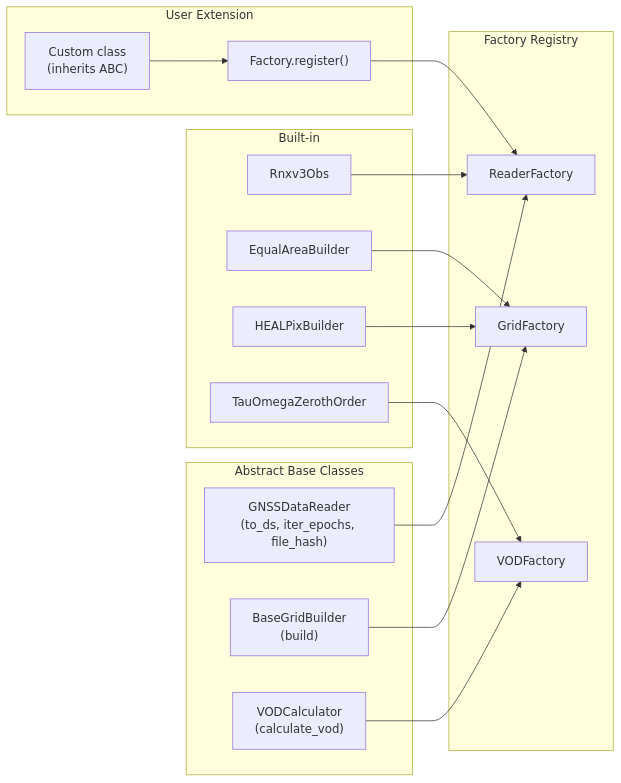
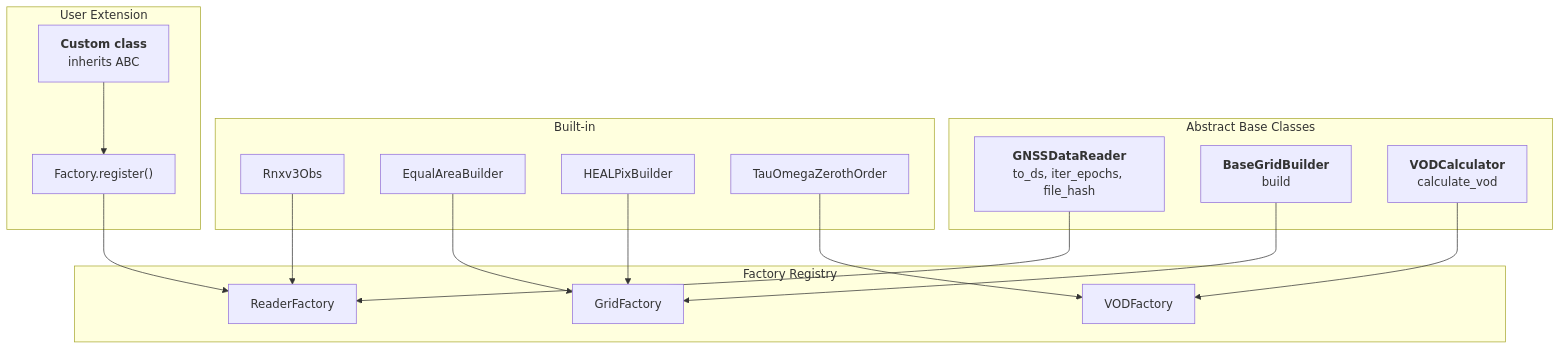
One commit to konstantinschellenberg/canvodpy changed the first of 2 diagrams in docs/guides/architecture-design.md. Above: the diagram before and after it, drawn with Mermaid. The commit also changed other lines of this file and 38 other files, not shown here.

````diff
--- a/docs/guides/architecture-design.md
+++ b/docs/guides/architecture-design.md
@@ -64,37 +64,41 @@
 ```mermaid
-flowchart LR
+flowchart TD
     subgraph ABCS["Abstract Base Classes"]
-        READER_ABC["GNSSDataReader\n(to_ds, iter_epochs, file_hash)"]
-        GRID_ABC["BaseGridBuilder\n(build)"]
-        VOD_ABC["VODCalculator\n(calculate_vod)"]
+        READER_ABC["`**GNSSDataReader**
+        to_ds, iter_epochs, file_hash`"]
+        GRID_ABC["`**BaseGridBuilder**
+        build`"]
+        VOD_ABC["`**VODCalculator**
+        calculate_vod`"]
     end
 
     subgraph FACTORIES["Factory Registry"]
         RF["ReaderFactory"]
         GF["GridFactory"]
         VF["VODFactory"]
     end
 
     subgraph BUILTIN["Built-in"]
         RINEX3["Rnxv3Obs"]
         EA["EqualAreaBuilder"]
         HP["HEALPixBuilder"]
         TO["TauOmegaZerothOrder"]
     end
 
     subgraph CUSTOM["User Extension"]
-        IMPL["Custom class\n(inherits ABC)"]
+        IMPL["`**Custom class**
+        inherits ABC`"]
         REG["Factory.register()"]
     end
 
     READER_ABC --> RF
     GRID_ABC   --> GF
     VOD_ABC    --> VF
 
     RINEX3 --> RF
     EA     --> GF
     HP     --> GF
     TO     --> VF
 
     IMPL --> REG --> RF
 ```
````
